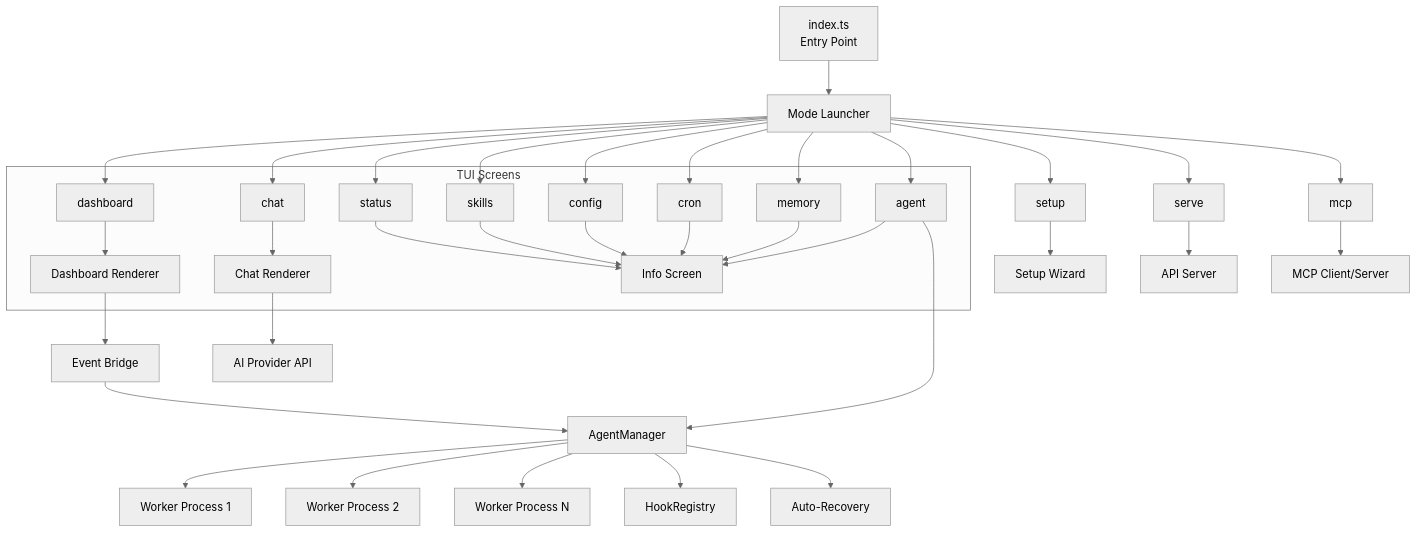
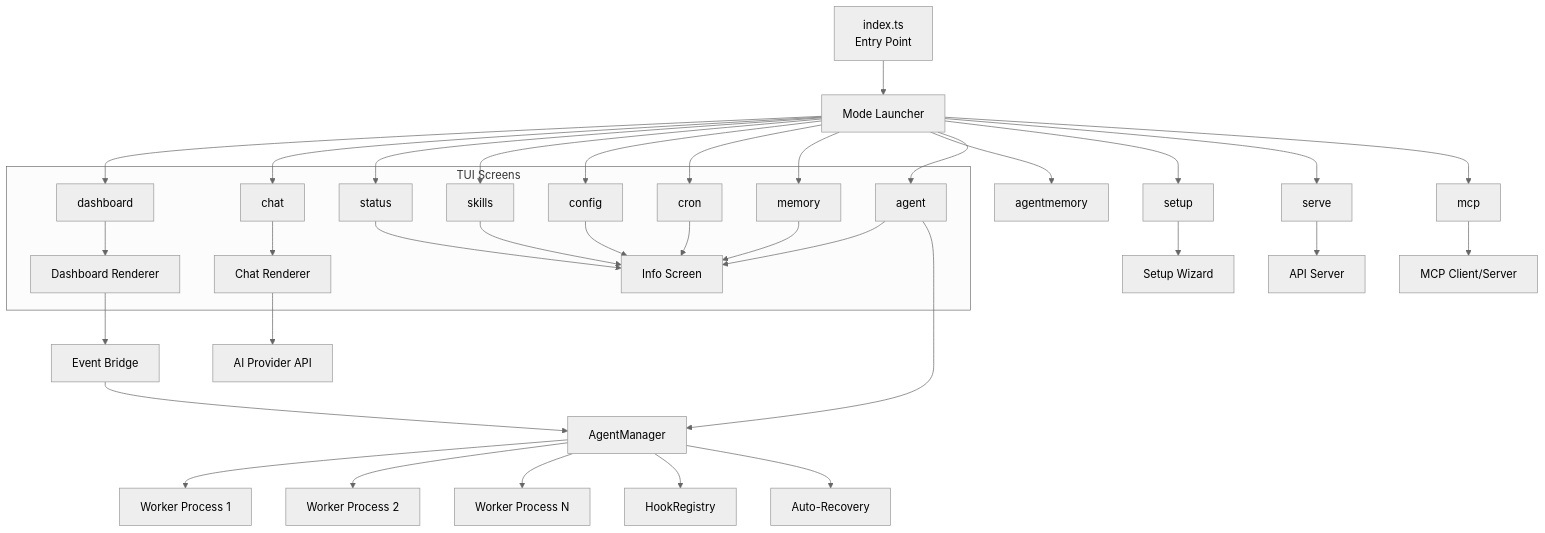
One commit to KunjShah95/neuron-os changed the first of 2 diagrams in README.md. Above: the diagram before and after it, drawn with Mermaid (neutral theme). The commit also changed other lines of this file and 38 other files, not shown here.

````diff
--- a/README.md
+++ b/README.md
@@ -143,40 +153,41 @@
 ```mermaid
 graph TD
     CLI[index.ts<br/>Entry Point] --> ML[Mode Launcher]
     ML --> D[dashboard]
     ML --> C[chat]
     ML --> ST[status]
     ML --> SK[skills]
     ML --> CFG[config]
     ML --> CR[cron]
     ML --> MEM[memory]
+    ML --> AMEM[agentmemory]
     ML --> A[agent]
     ML --> S[setup]
     ML --> SV[serve]
     ML --> MCP[mcp]
 
     subgraph "TUI Screens"
         D --> DTUI[Dashboard Renderer]
         C --> CTUI[Chat Renderer]
         ST --> ITUI[Info Screen]
         SK --> ITUI
         CFG --> ITUI
         CR --> ITUI
         MEM --> ITUI
         A --> ITUI
     end
 
     A --> AM[AgentManager]
     S --> Wiz[Setup Wizard]
     SV --> API[API Server]
     MCP --> MCPC[MCP Client/Server]
 
     AM --> W1[Worker Process 1]
     AM --> W2[Worker Process 2]
     AM --> WN[Worker Process N]
     AM --> HR[HookRegistry]
     AM --> RC[Auto-Recovery]
     CTUI --> AI[AI Provider API]
     DTUI --> EB[Event Bridge]
     EB --> AM
 ```
````
